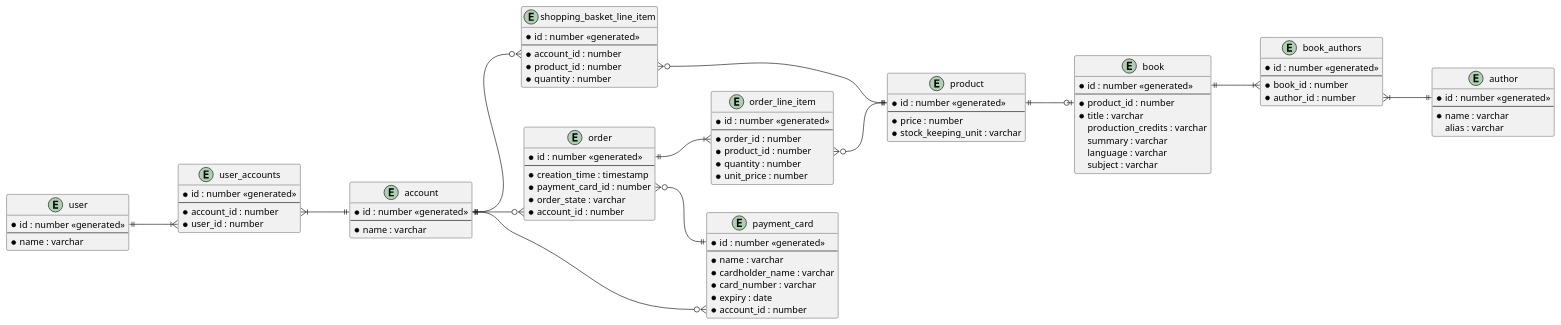
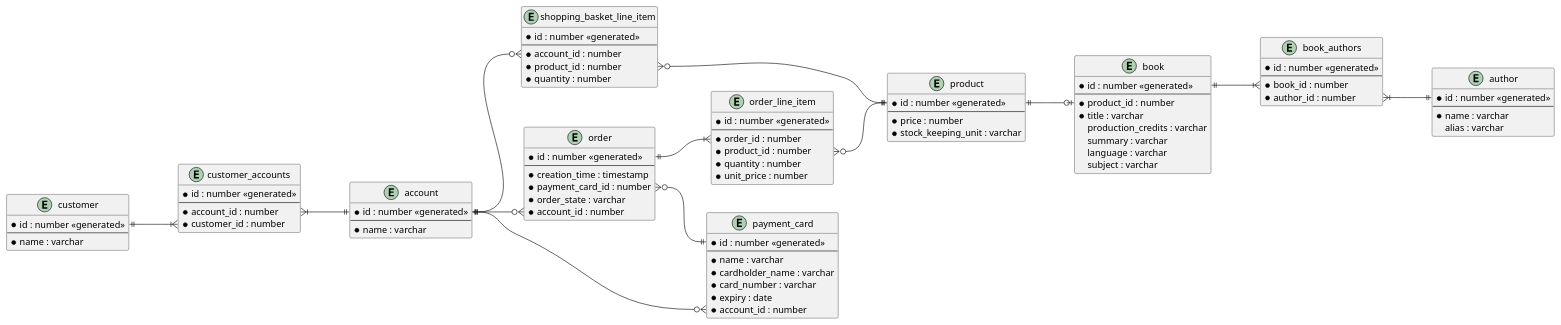
The diagram in docs/design/book_shop_relational_schema_diagram.plantuml (dtmo/bookshop), drawn with PlantUML before and after one commit. The commit also changed 13 other files, not shown here.

```diff
--- a/docs/design/book_shop_relational_schema_diagram.plantuml
+++ b/docs/design/book_shop_relational_schema_diagram.plantuml
@@ -1,105 +1,105 @@
 @startuml
 
 left to right direction
 
-entity user {
+entity customer {
     * id : number <<generated>>
     --
     * name : varchar
 }
 
 entity account {
     * id : number <<generated>>
     --
     * name : varchar
 }
 
-entity user_accounts {
+entity customer_accounts {
     * id : number <<generated>>
     --
     * account_id : number
-    * user_id : number
+    * customer_id : number
 }
 
 entity product {
     * id : number <<generated>>
     --
     * price : number
     * stock_keeping_unit : varchar
 }
 
 entity shopping_basket_line_item {
     * id : number <<generated>>
     --
     * account_id : number
     * product_id : number
     * quantity : number
 }
 
 entity payment_card {
     * id : number <<generated>>
     --
     * name : varchar
     * cardholder_name : varchar
     * card_number : varchar
     * expiry : date
     * account_id : number
 }
 
 entity order {
     * id : number <<generated>>
     --
     * creation_time : timestamp
     * payment_card_id : number
     * order_state : varchar
     * account_id : number
 }
 
 entity order_line_item {
     * id : number <<generated>>
     --
     * order_id : number
     * product_id : number
     * quantity : number
     * unit_price : number
 }
 
 entity author {
     * id : number <<generated>>
     --
     * name : varchar
     alias : varchar
 }
 
 entity book {
     * id : number <<generated>>
     --
     * product_id : number
     * title : varchar
     production_credits : varchar
     summary : varchar
     language : varchar
     subject : varchar
 }
 
 entity book_authors {
     * id : number <<generated>>
     --
     * book_id : number
     * author_id : number
 }
 
-user::id ||--|{ user_accounts::user_id
-user_accounts::account_id }|--|| account::id
+customer::id ||--|{ customer_accounts::customer_id
+customer_accounts::account_id }|--|| account::id
 account::id ||--o{ shopping_basket_line_item::account_id
 shopping_basket_line_item::product_id }o--|| product::id
 account::id ||--o{ payment_card::account_id
 account::id ||--o{ order::account_id
 order::id ||--|{ order_line_item::order_id
 order::payment_card_id }o--|| payment_card::id
 order_line_item::product_id }o--|| product::id
 product::id ||--o| book::product_id
 book::id ||--|{ book_authors::book_id
 book_authors::author_id }|--|| author::id
 
 @enduml
```
